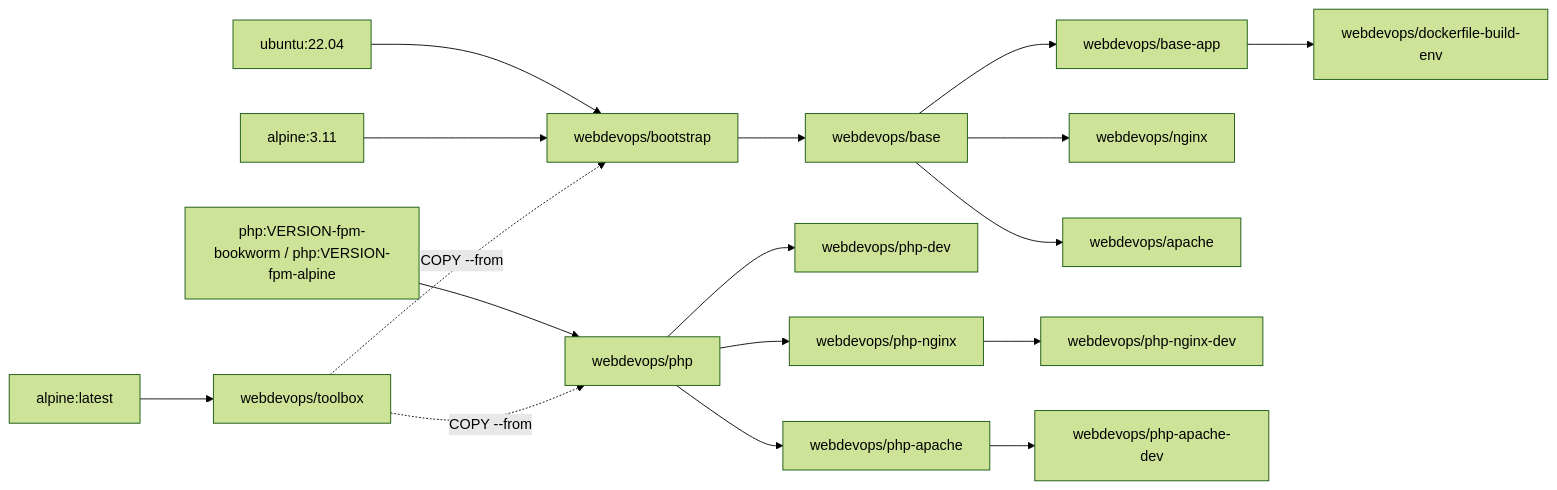
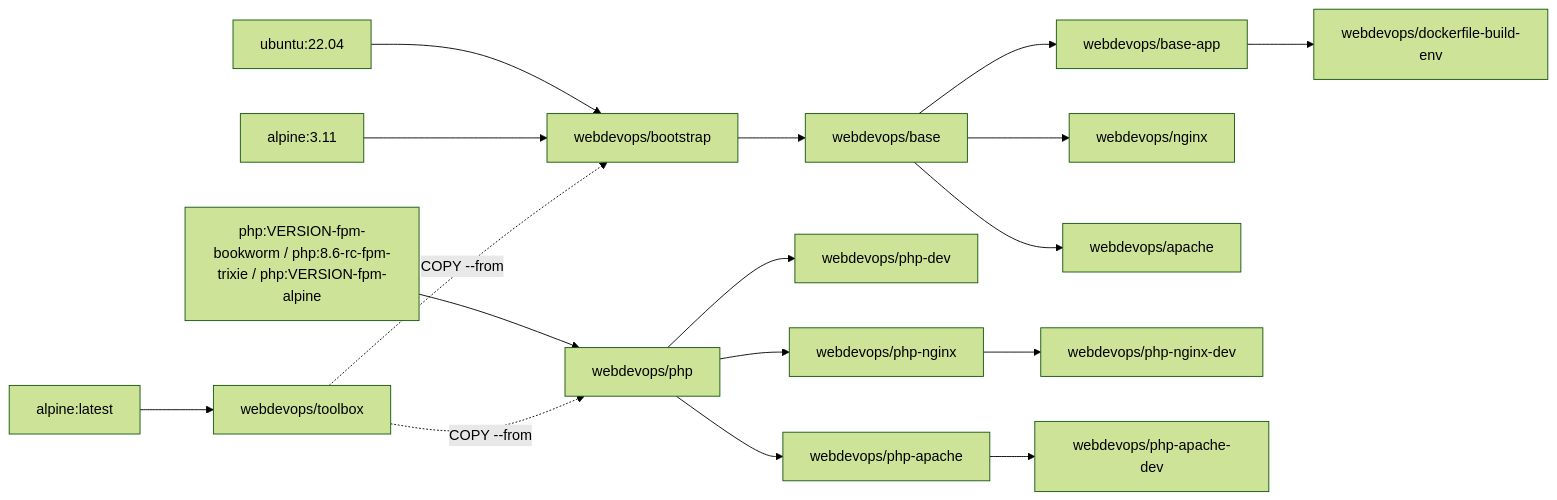
One commit to webdevops/Dockerfile changed the diagram in docs/README.md. Above: the diagram before and after it, drawn with Mermaid (forest theme). The commit also changed 391 other files, not shown here.

First line of the commit message:
[TASK] Add PHP 8.6 preview images on Debian trixie and Alpine

````diff
--- a/docs/README.md
+++ b/docs/README.md
@@ -44,19 +44,19 @@
 ```mermaid
 flowchart LR
   ubuntu["ubuntu:22.04"] --> bootstrap["webdevops/bootstrap"]
   alpine311["alpine:3.11"] --> bootstrap
   bootstrap --> base["webdevops/base"]
   base --> baseapp["webdevops/base-app"]
   base --> nginx["webdevops/nginx"]
   base --> apache["webdevops/apache"]
-  officialphp["php:VERSION-fpm-bookworm / php:VERSION-fpm-alpine"] --> php["webdevops/php"]
+  officialphp["php:VERSION-fpm-bookworm / php:8.6-rc-fpm-trixie / php:VERSION-fpm-alpine"] --> php["webdevops/php"]
   php --> phpdev["webdevops/php-dev"]
   php --> phpnginx["webdevops/php-nginx"]
   php --> phpapache["webdevops/php-apache"]
   phpnginx --> phpnginxdev["webdevops/php-nginx-dev"]
   phpapache --> phpapachedev["webdevops/php-apache-dev"]
   alpine["alpine:latest"] --> toolbox["webdevops/toolbox"]
   baseapp --> buildenv["webdevops/dockerfile-build-env"]
   toolbox -. "COPY --from" .-> bootstrap
   toolbox -. "COPY --from" .-> php
 ```
````
